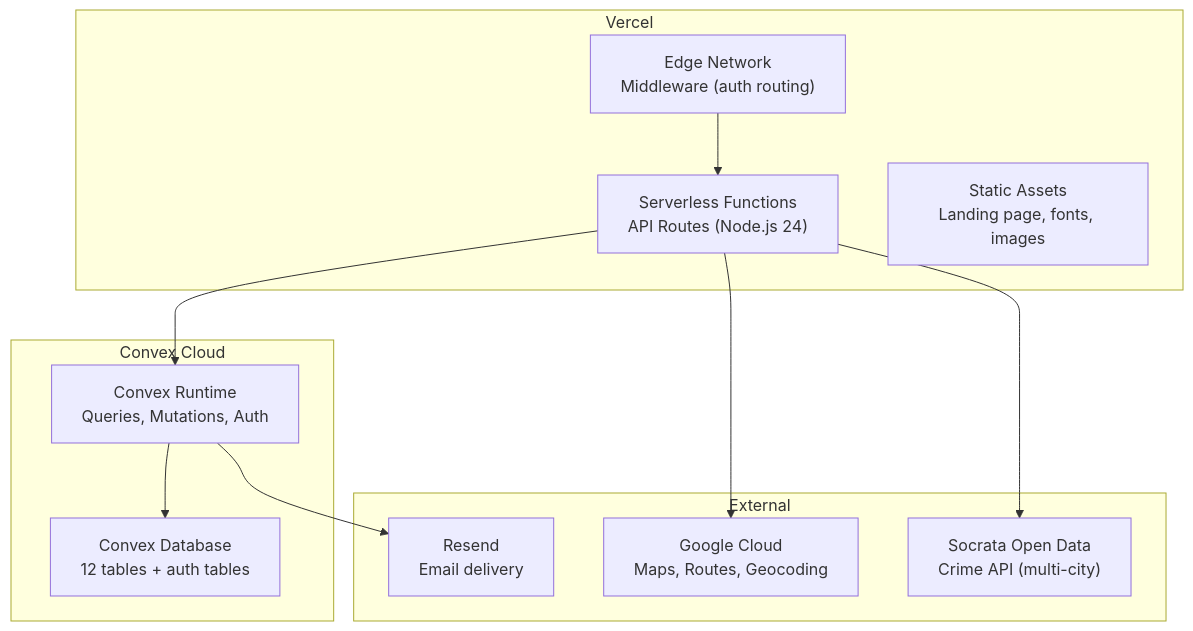
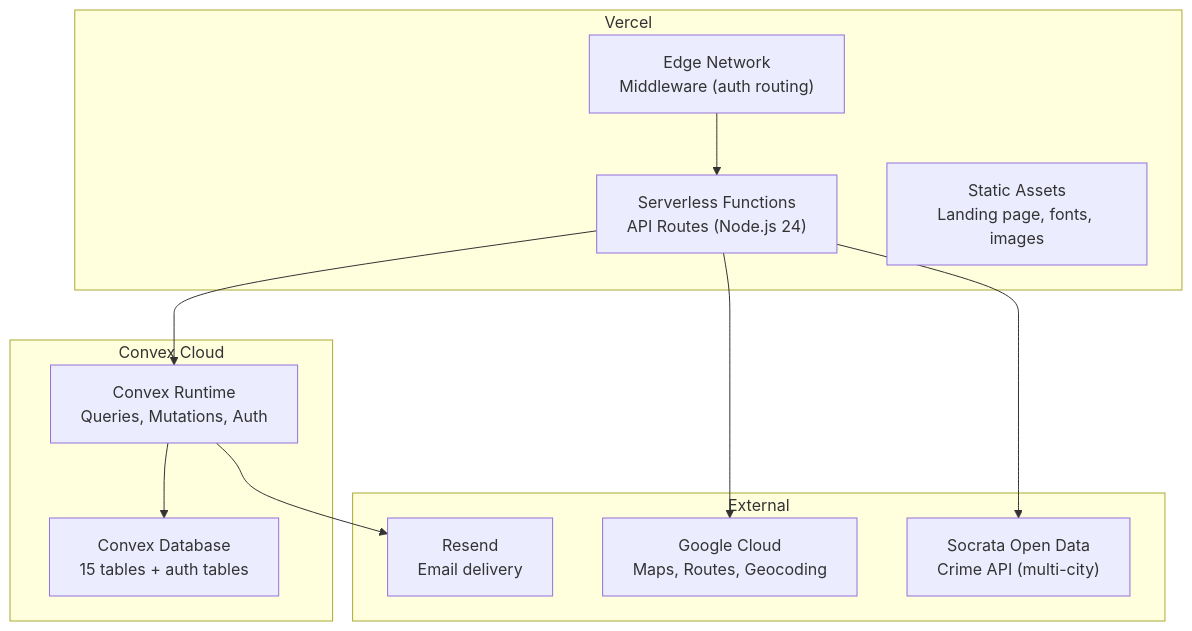
One commit to pinchen147/trip-planner changed diagram 20 of 21 in docs/architecture.md. Above: the diagram before and after it, drawn with Mermaid. The commit also changed other lines of this file and 22 other files, not shown here.

````diff
--- a/docs/architecture.md
+++ b/docs/architecture.md
@@ -1311,26 +1311,26 @@
 ```mermaid
 graph TB
     subgraph "Vercel"
         Edge["Edge Network<br/>Middleware (auth routing)"]
         Serverless["Serverless Functions<br/>API Routes (Node.js 24)"]
         Static["Static Assets<br/>Landing page, fonts, images"]
     end
 
     subgraph "Convex Cloud"
         ConvexRT["Convex Runtime<br/>Queries, Mutations, Auth"]
-        ConvexDB["Convex Database<br/>12 tables + auth tables"]
+        ConvexDB["Convex Database<br/>15 tables + auth tables"]
     end
 
     subgraph "External"
         GCP["Google Cloud<br/>Maps, Routes, Geocoding"]
         ResendSvc["Resend<br/>Email delivery"]
         SFGov["Socrata Open Data<br/>Crime API (multi-city)"]
     end
 
     Edge --> Serverless
     Serverless --> ConvexRT
     ConvexRT --> ConvexDB
     Serverless --> GCP
     Serverless --> SFGov
     ConvexRT --> ResendSvc
 ```
````
